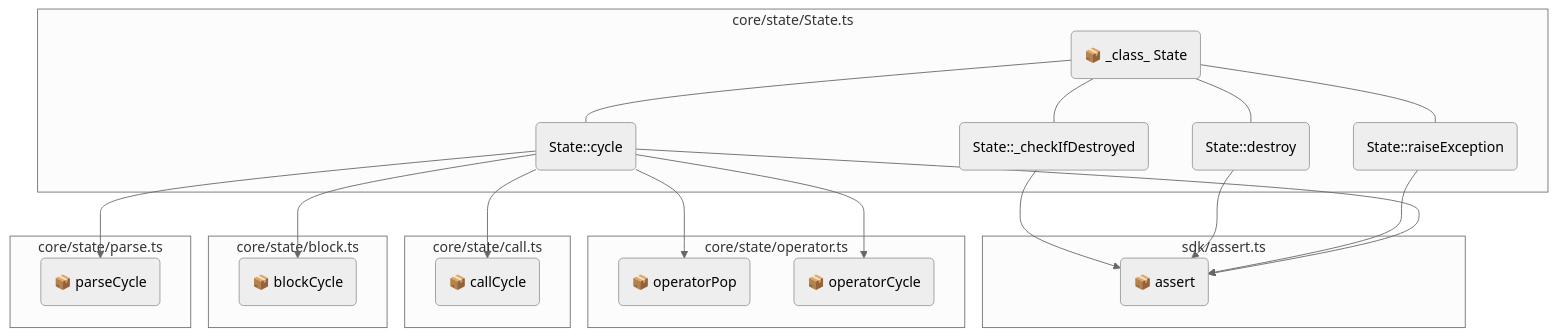
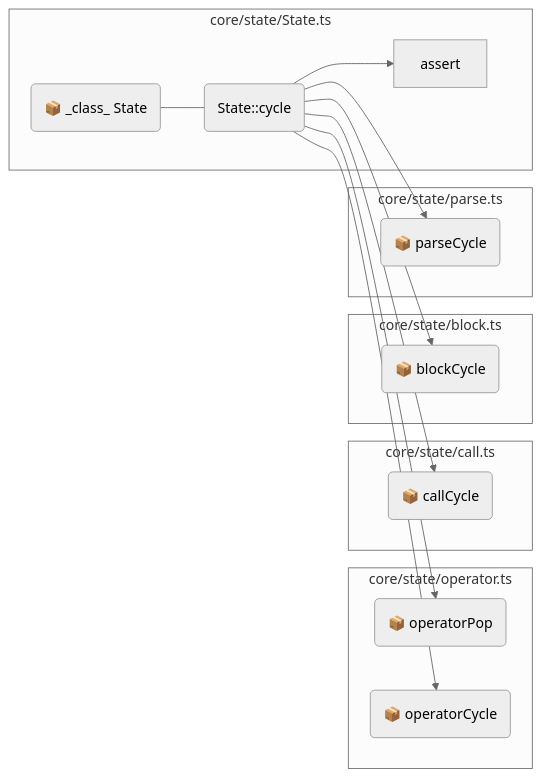
One commit to ArnaudBuchholz/psbots changed the diagram in docs/engine/Optimizations.md. Above: the diagram before and after it, drawn with Mermaid (neutral theme). The commit also changed other lines of this file, not shown here.

````diff
--- a/docs/engine/Optimizations.md
+++ b/docs/engine/Optimizations.md
@@ -171,37 +171,28 @@
 ```mermaid
-graph
-  subgraph "sdk/assert.ts"
-    assert("📦&nbsp;assert");
-  end
+graph LR
   subgraph "core/state/operator.ts"
     operatorPop("📦&nbsp;operatorPop");
   end
   subgraph "core/state/operator.ts"
     operatorCycle("📦&nbsp;operatorCycle");
   end
   subgraph "core/state/call.ts"
     callCycle("📦&nbsp;callCycle");
   end
   subgraph "core/state/block.ts"
     blockCycle("📦&nbsp;blockCycle");
   end
   subgraph "core/state/parse.ts"
     parseCycle("📦&nbsp;parseCycle");
   end
   subgraph "core/state/State.ts"
     State("📦&nbsp;_class_&nbsp;State")
-    State --- _checkIfDestroyed("State::_checkIfDestroyed");
-    _checkIfDestroyed --> assert;
-    State --- destroy("State::destroy");
-    destroy --> assert;
-    State --- raiseException("State::raiseException");
-    raiseException --> assert;
     State --- cycle("State::cycle");
     cycle --> operatorPop;
     cycle --> operatorCycle;
     cycle --> callCycle;
     cycle --> blockCycle;
     cycle --> parseCycle;
     cycle --> assert;
   end
 ```
````
